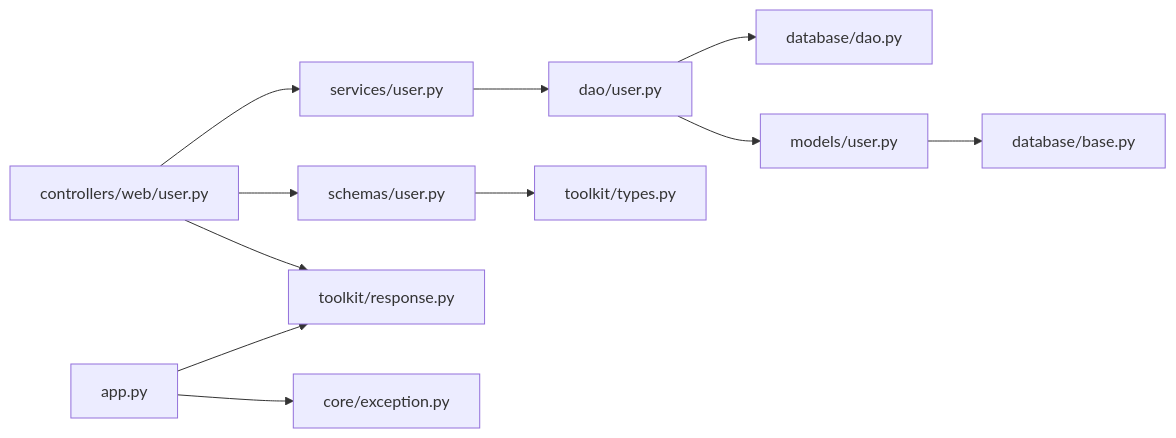
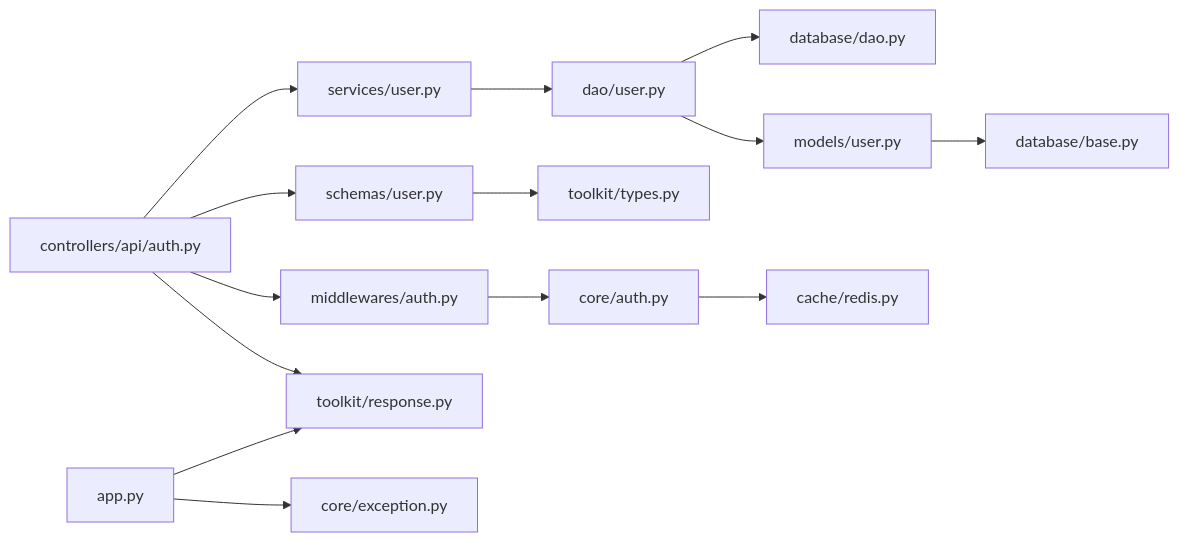
One commit to lilinzezzzzzz/fastapi-backend changed the ninth of 9 diagrams in .qoder/repowiki/zh/content/数据模型/数据验证规则.md. Above: the diagram before and after it, drawn with Mermaid. The commit also changed other lines of this file and 38 other files, not shown here.

````diff
--- a/.qoder/repowiki/zh/content/数据模型/数据验证规则.md
+++ b/.qoder/repowiki/zh/content/数据模型/数据验证规则.md
@@ -388,13 +497,16 @@
 ```mermaid
 graph LR
-Ctrl["controllers/web/user.py"] --> Svc["services/user.py"]
+Ctrl["controllers/api/auth.py"] --> Svc["services/user.py"]
 Svc --> Dao["dao/user.py"]
 Dao --> BDao["database/dao.py"]
 Dao --> Model["models/user.py"]
 Model --> Mix["database/base.py"]
 Ctrl --> Sch["schemas/user.py"]
 Sch --> Types["toolkit/types.py"]
+Ctrl --> AuthMW["middlewares/auth.py"]
+AuthMW --> CoreAuth["core/auth.py"]
+CoreAuth --> Cache["cache/redis.py"]
 Ctrl --> Resp["toolkit/response.py"]
 App["app.py"] --> Resp
 App --> Err["core/exception.py"]
 ```
````
